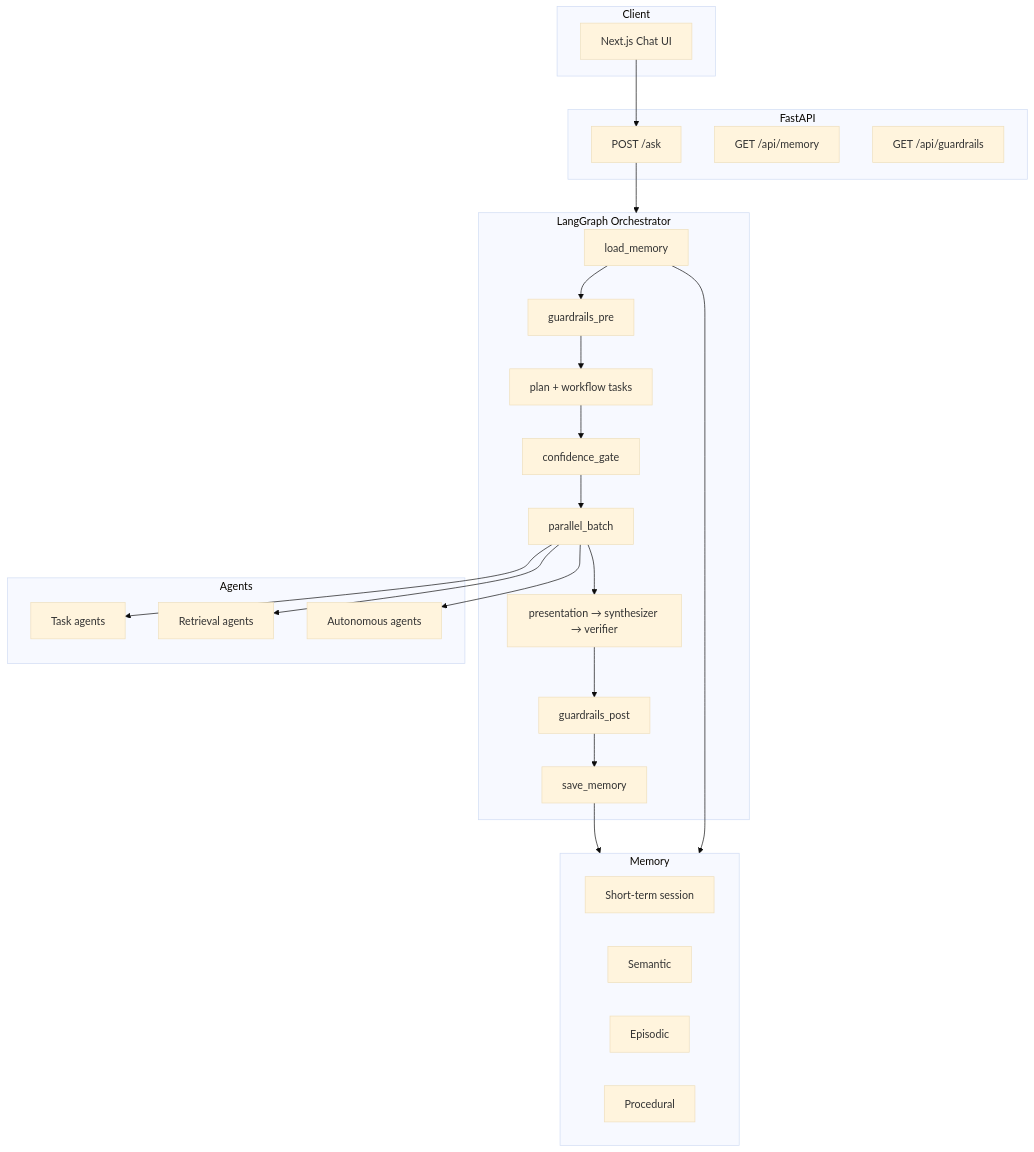
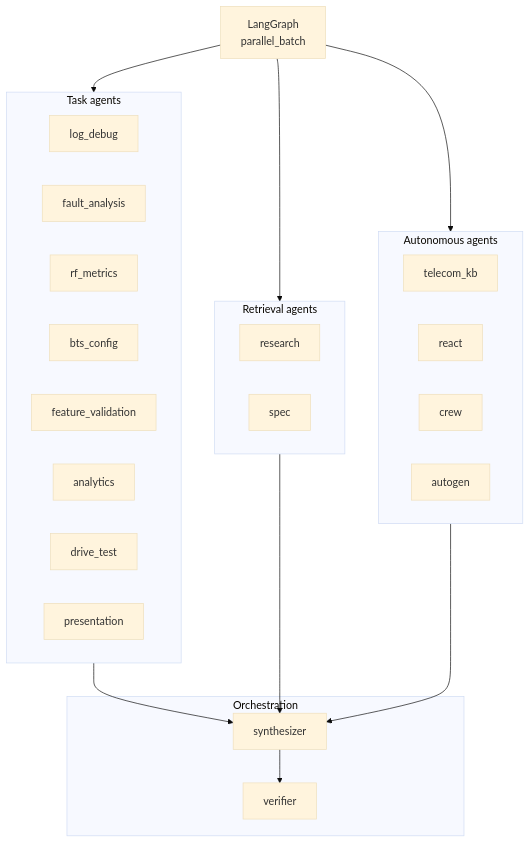
The fifth of 6 diagrams in docs/ARCHITECTURE.md (aqil2020in/telecomgpt), drawn with Mermaid (base theme) before and after one commit. The commit also changed other lines of this file, not shown here.

First line of the commit message:
Document full TelecomGPT architecture with Mermaid diagrams and agent roles.

````diff
--- a/docs/ARCHITECTURE.md
+++ b/docs/ARCHITECTURE.md
@@ -7,40 +189,38 @@
 ```mermaid
 flowchart TB
-    subgraph Client
-        UI[Next.js Chat UI]
+    subgraph Orch["Orchestration"]
+        SYN[synthesizer]
+        VER[verifier]
     end
 
-    subgraph API["FastAPI"]
-        ASK[POST /ask]
-        MEM[GET /api/memory]
-        GR[GET /api/guardrails]
+    subgraph Task["Task agents"]
+        LD[log_debug]
+        FA[fault_analysis]
+        RF[rf_metrics]
+        BC[bts_config]
+        FV[feature_validation]
+        AN[analytics]
+        DT[drive_test]
+        PR[presentation]
     end
 
-    subgraph Orchestrator["LangGraph Orchestrator"]
-        LM[load_memory] --> GP[guardrails_pre]
-        GP --> PL[plan + workflow tasks]
-        PL --> CG[confidence_gate]
-        CG --> PB[parallel_batch]
-        PB --> ST[presentation → synthesizer → verifier]
-        ST --> GO[guardrails_post]
-        GO --> SM[save_memory]
+    subgraph Retrieval["Retrieval agents"]
+        RS[research]
+        SP[spec]
     end
 
-    subgraph Agents
-        TASK[Task agents]
-        RET[Retrieval agents]
-        AUTO[Autonomous agents]
+    subgraph Auto["Autonomous agents"]
+        KB[telecom_kb]
+        RX[react]
+        CR[crew]
+        AG[autogen]
     end
 
-    subgraph Memory
-        STm[Short-term session]
-        SEM[Semantic]
-        EPI[Episodic]
-        PRO[Procedural]
-    end
-
-    UI --> ASK --> Orchestrator
-    PB --> TASK & RET & AUTO
-    LM --> Memory
-    SM --> Memory
+    LG[LangGraph\nparallel_batch] --> Task
+    LG --> Retrieval
+    LG --> Auto
+    Task --> SYN
+    Retrieval --> SYN
+    Auto --> SYN
+    SYN --> VER
 ```
````
